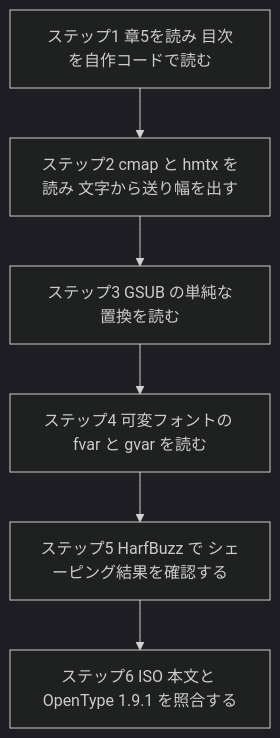
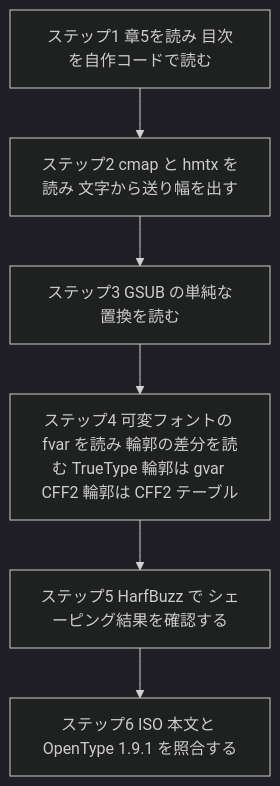
Before and after one commit to myoshi2891/Quality-Assurance-Studies: diagram 11 of 11 in Iso-iec-14496-22-2026-beginner-guide.md, drawn with Mermaid (dark theme). The commit also changed other lines of this file and 3 other files, not shown here.

````diff
--- a/Iso-iec-14496-22-2026-beginner-guide.md
+++ b/Iso-iec-14496-22-2026-beginner-guide.md
@@ -805,8 +812,8 @@
 ```mermaid
 flowchart TD
     S1["ステップ1 章5を読み 目次を自作コードで読む"] --> S2["ステップ2 cmap と hmtx を読み 文字から送り幅を出す"]
     S2 --> S3["ステップ3 GSUB の単純な置換を読む"]
-    S3 --> S4["ステップ4 可変フォントの fvar と gvar を読む"]
+    S3 --> S4["ステップ4 可変フォントの fvar を読み 輪郭の差分を読む TrueType 輪郭は gvar CFF2 輪郭は CFF2 テーブル"]
     S4 --> S5["ステップ5 HarfBuzz で シェーピング結果を確認する"]
     S5 --> S6["ステップ6 ISO 本文と OpenType 1.9.1 を照合する"]
 ```
````
